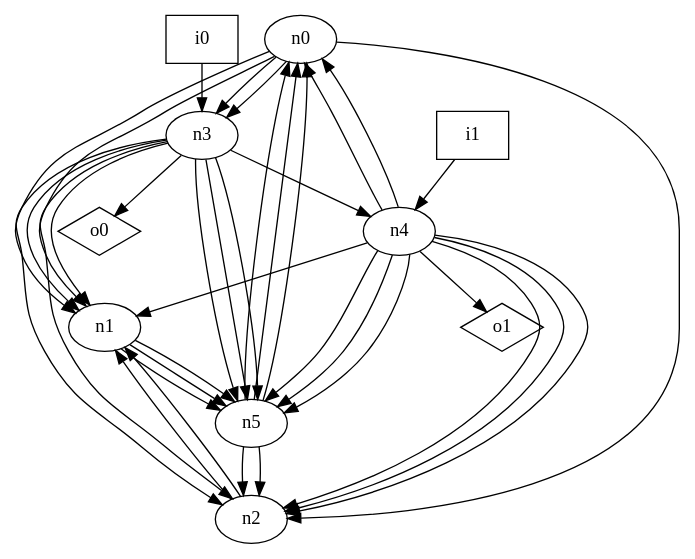
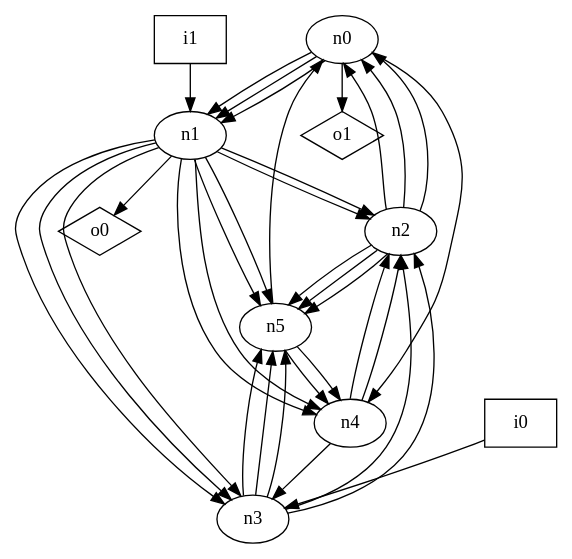
The diagram in dot_files/random_graph/oriented_graph.dot (p9romain/bool-circuits), drawn with Graphviz before and after one commit. The commit also changed 149 other files, not shown here.

```diff
--- a/dot_files/random_graph/oriented_graph.dot
+++ b/dot_files/random_graph/oriented_graph.dot
@@ -1,48 +1,46 @@
 digraph G {
 n0 [label="n0"];
 n1 [label="n1"];
 n2 [label="n2"];
 n3 [label="n3"];
 n4 [label="n4"];
 n5 [label="n5"];
 n6 [label="i0",shape="box"];
 n7 [label="i1",shape="box"];
 n8 [label="o0",shape="diamond"];
 n9 [label="o1",shape="diamond"];
 n0 -> n1
 n0 -> n1
-n0 -> n2
-n0 -> n3
-n0 -> n3
+n0 -> n1
+n0 -> n4
+n0 -> n9
+n1 -> n2
+n1 -> n2
+n1 -> n3
+n1 -> n3
+n1 -> n3
+n1 -> n4
+n1 -> n4
 n1 -> n5
 n1 -> n5
-n1 -> n5
-n2 -> n1
-n2 -> n1
-n3 -> n1
-n3 -> n1
+n1 -> n8
+n2 -> n0
+n2 -> n0
+n2 -> n0
+n2 -> n5
+n2 -> n5
+n2 -> n5
 n3 -> n2
 n3 -> n2
-n3 -> n4
 n3 -> n5
 n3 -> n5
 n3 -> n5
-n3 -> n8
-n4 -> n0
-n4 -> n0
-n4 -> n1
 n4 -> n2
 n4 -> n2
-n4 -> n2
-n4 -> n5
-n4 -> n5
-n4 -> n5
-n4 -> n9
+n4 -> n3
 n5 -> n0
-n5 -> n0
-n5 -> n0
-n5 -> n2
-n5 -> n2
+n5 -> n4
+n5 -> n4
 n6 -> n3
-n7 -> n4
+n7 -> n1
 }
```
